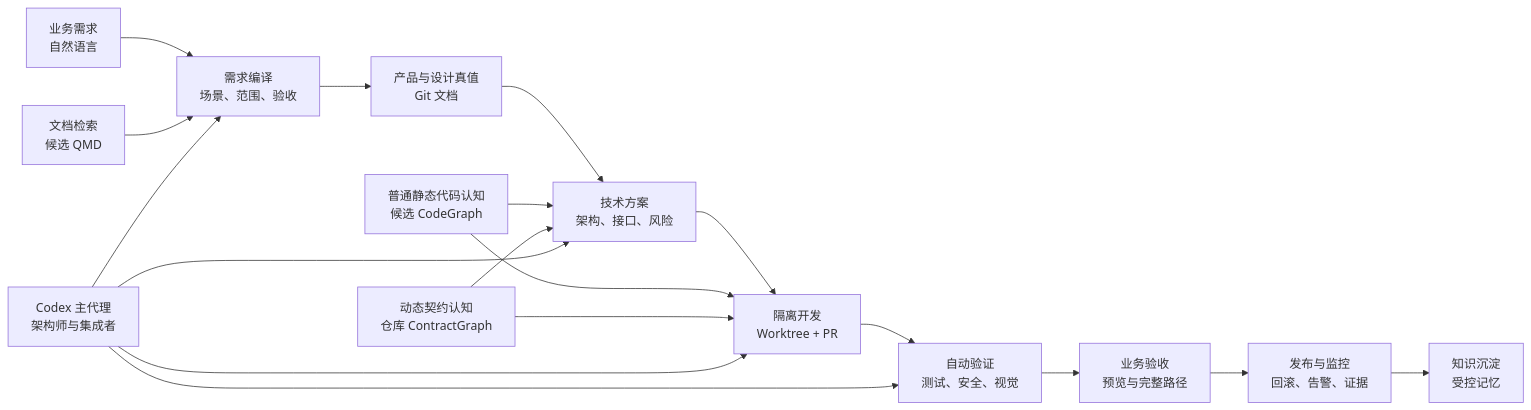
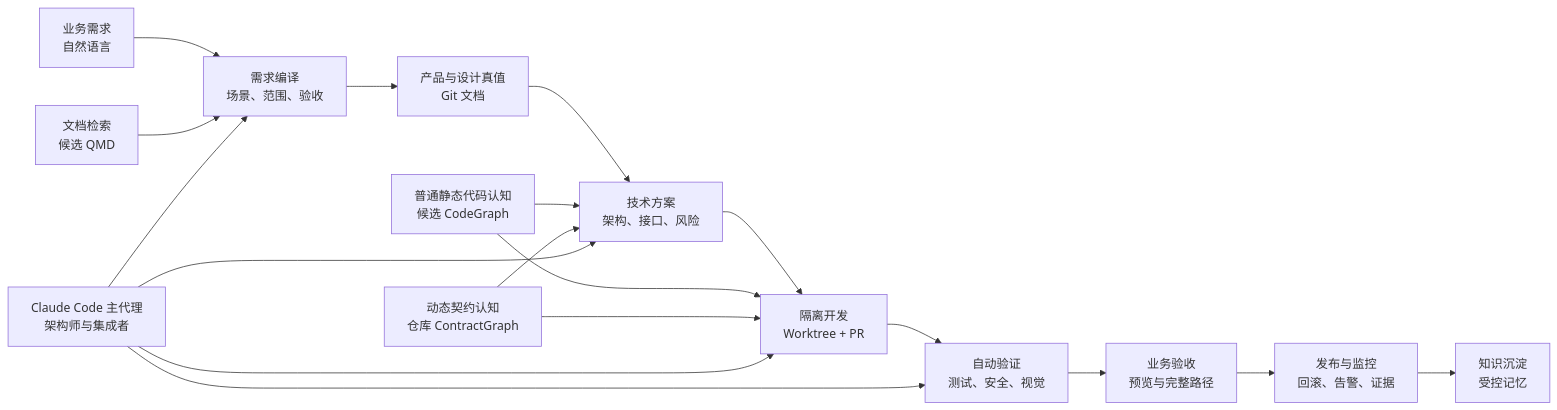
One commit to mlhjyx/global-backend changed the first of 2 diagrams in docs/ai-development/operating-model.md. Above: the diagram before and after it, drawn with Mermaid. The commit also changed other lines of this file and 20 other files, not shown here.

````diff
--- a/docs/ai-development/operating-model.md
+++ b/docs/ai-development/operating-model.md
@@ -14,21 +14,21 @@
 ```mermaid
 flowchart LR
     A["业务需求<br/>自然语言"] --> B["需求编译<br/>场景、范围、验收"]
     B --> C["产品与设计真值<br/>Git 文档"]
     C --> D["技术方案<br/>架构、接口、风险"]
     D --> E["隔离开发<br/>Worktree + PR"]
     E --> F["自动验证<br/>测试、安全、视觉"]
     F --> G["业务验收<br/>预览与完整路径"]
     G --> H["发布与监控<br/>回滚、告警、证据"]
     H --> I["知识沉淀<br/>受控记忆"]
 
     J["文档检索<br/>候选 QMD"] --> B
     K["普通静态代码认知<br/>候选 CodeGraph"] --> D
     K --> E
     M["动态契约认知<br/>仓库 ContractGraph"] --> D
     M --> E
-    L["Codex 主代理<br/>架构师与集成者"] --> B
+    L["Claude Code 主代理<br/>架构师与集成者"] --> B
     L --> D
     L --> E
     L --> F
 ```
````
